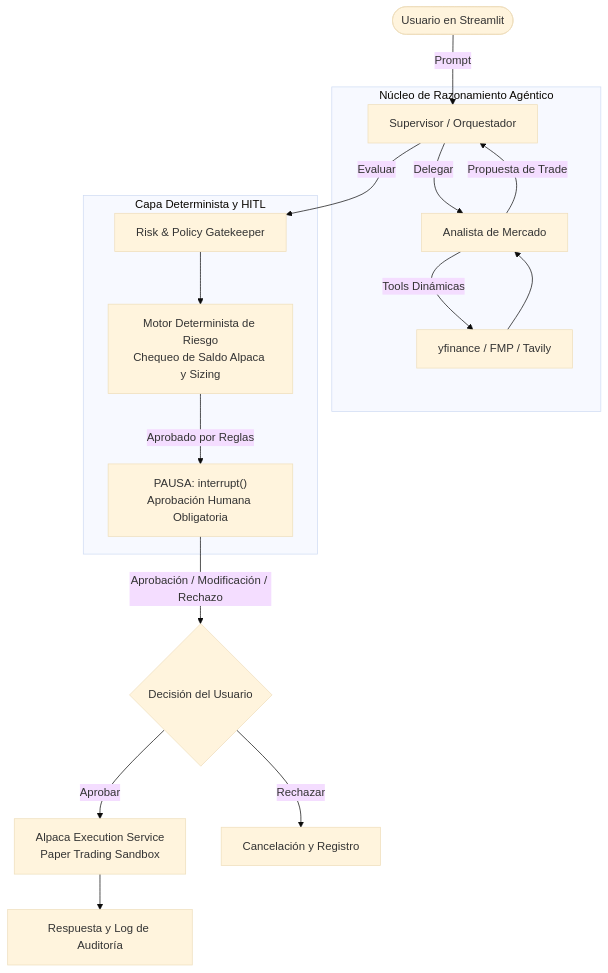
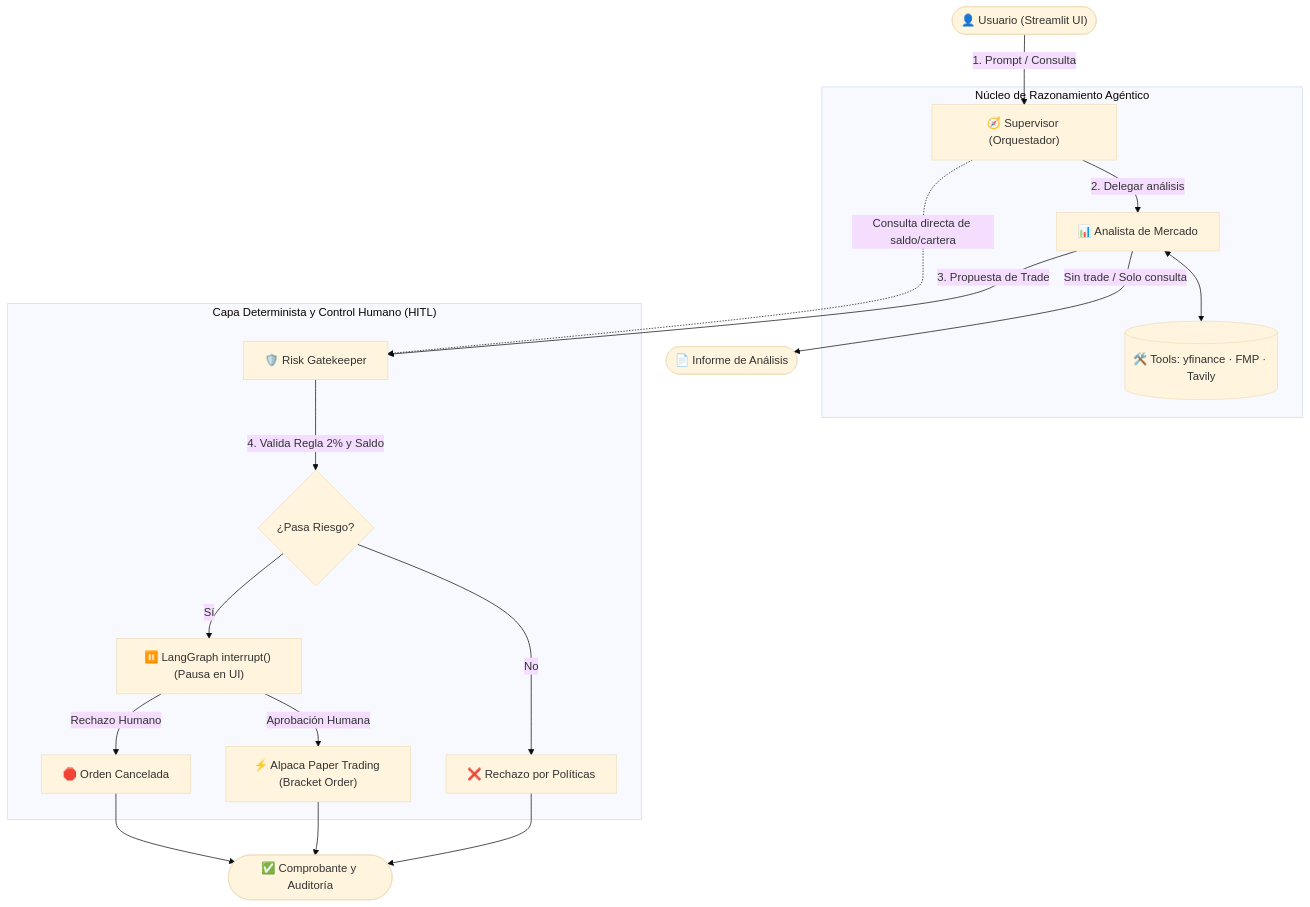
The diagram in README.md (santipenas/TFI-ITBA-SantiagoPenas), drawn with Mermaid (base theme) before and after one commit.

Commit message:
docs(readme): simplify architecture diagram to reflect actual langgraph workflow

````diff
--- a/README.md
+++ b/README.md
@@ -52,23 +52,26 @@
 ```mermaid
 flowchart TD
-    User(["Usuario en Streamlit"]) -->|Prompt| Supervisor["Supervisor / Orquestador"]
-    
-    subgraph MultiAgent_Core ["Núcleo de Razonamiento Agéntico"]
-        Supervisor -->|Delegar| Analyst["Analista de Mercado"]
-        Analyst -->|Tools Dinámicas| Tools["yfinance / FMP / Tavily"]
-        Tools --> Analyst
-        Analyst -->|Propuesta de Trade| Supervisor
+    User(["👤 Usuario (Streamlit UI)"]) -->|1. Prompt / Consulta| Sup["🧭 Supervisor (Orquestador)"]
+
+    subgraph Agente ["Núcleo de Razonamiento Agéntico"]
+        Sup -->|2. Delegar análisis| Analyst["📊 Analista de Mercado"]
+        Analyst <--> Tools[("🛠️ Tools: yfinance · FMP · Tavily")]
     end
 
-    Supervisor -->|Evaluar| RiskGate["Risk & Policy Gatekeeper"]
-    
-    subgraph Governance_and_HITL ["Capa Determinista y HITL"]
-        RiskGate --> RulesEngine["Motor Determinista de Riesgo<br/>Chequeo de Saldo Alpaca y Sizing"]
-        RulesEngine -->|Aprobado por Reglas| HITL["PAUSA: interrupt()<br/>Aprobación Humana Obligatoria"]
+    Analyst -->|Sin trade / Solo consulta| EndInfo(["📄 Informe de Análisis"])
+    Analyst -->|3. Propuesta de Trade| Risk["🛡️ Risk Gatekeeper"]
+    Sup -.->|Consulta directa de saldo/cartera| Risk
+
+    subgraph HITL_Layer ["Capa Determinista y Control Humano (HITL)"]
+        Risk -->|4. Valida Regla 2% y Saldo| Engine{"¿Pasa Riesgo?"}
+        Engine -->|No| RejRisk["❌ Rechazo por Políticas"]
+        Engine -->|Sí| Pause["⏸️ LangGraph interrupt() (Pausa en UI)"]
+        
+        Pause -->|Aprobación Humana| Exec["⚡ Alpaca Paper Trading (Bracket Order)"]
+        Pause -->|Rechazo Humano| Cancel["🛑 Orden Cancelada"]
     end
 
-    HITL -->|Aprobación / Modificación / Rechazo| UserAction{"Decisión del Usuario"}
-    UserAction -->|Aprobar| BrokerExec["Alpaca Execution Service<br/>Paper Trading Sandbox"]
-    UserAction -->|Rechazar| CancelOrder["Cancelación y Registro"]
-    BrokerExec --> FinalResponse["Respuesta y Log de Auditoría"]
+    Exec --> Audit(["✅ Comprobante y Auditoría"])
+    RejRisk --> Audit
+    Cancel --> Audit
 ```
````
